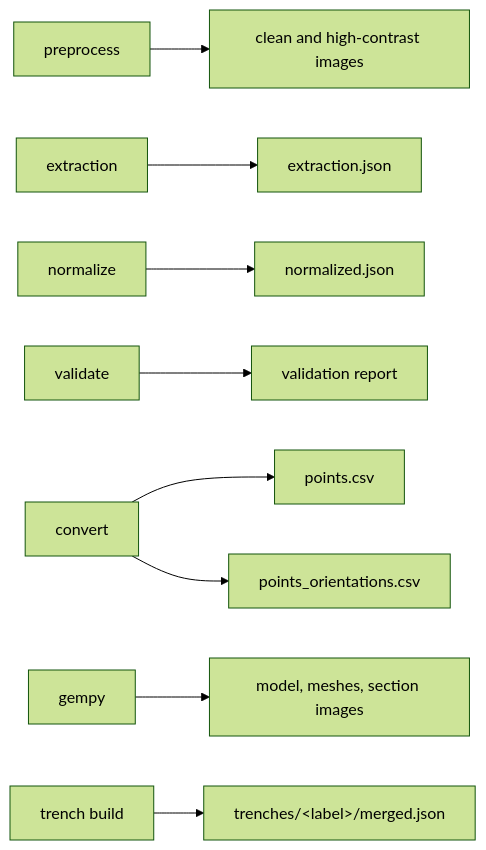
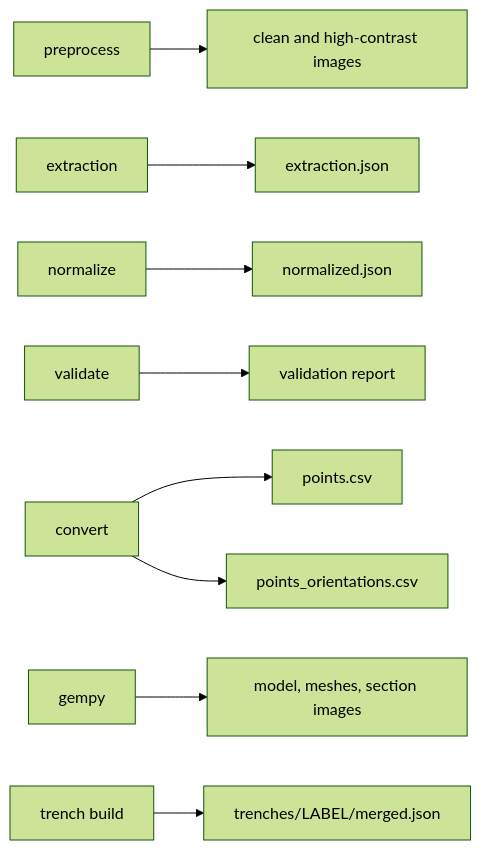
Before and after one commit to jennarbates/StratigraphyGenerator: the diagram in docs/reference/output-files.md, drawn with Mermaid (forest theme). The commit also changed other lines of this file and 7 other files, not shown here.

````diff
--- a/docs/reference/output-files.md
+++ b/docs/reference/output-files.md
@@ -24,11 +25,11 @@
 ```mermaid
 flowchart LR
   P[preprocess] --> P1[clean and high-contrast images]
   X[extraction] --> X1[extraction.json]
   N[normalize] --> N1[normalized.json]
   V[validate] --> V1[validation report]
   C[convert] --> C1[points.csv]
   C --> C2[points_orientations.csv]
   G[gempy] --> G1[model, meshes, section images]
-  M[trench build] --> M1[trenches/&lt;label&gt;/merged.json]
+  M[trench build] --> M1[trenches/LABEL/merged.json]
 ```
````
